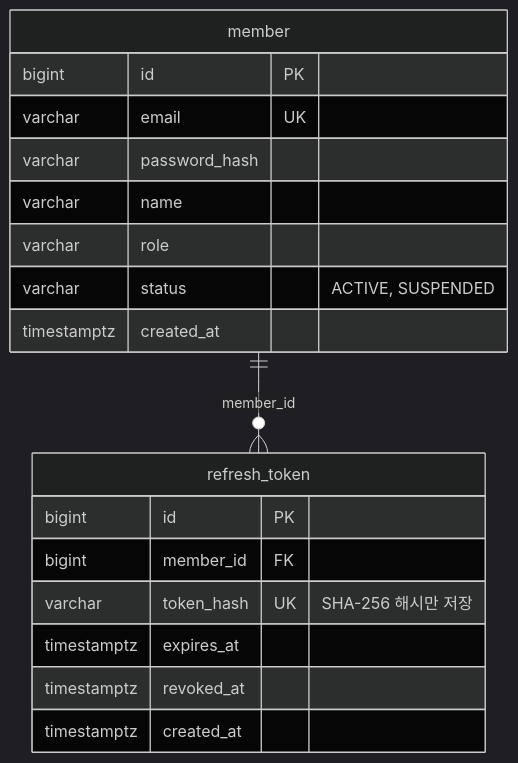
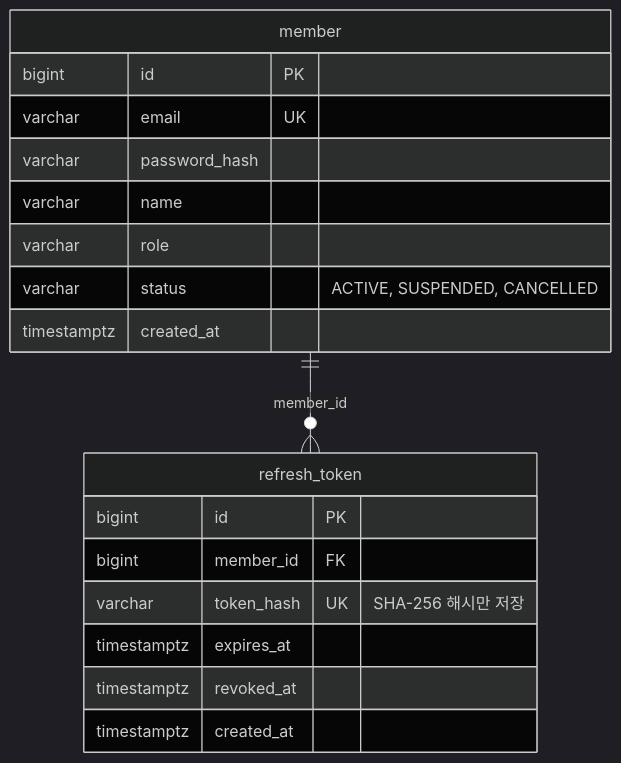
The first of 7 diagrams in docs/architecture/erd.md (jkonury/ticketing), drawn with Mermaid (dark theme) before and after one commit. The commit also changed other lines of this file and 11 other files, not shown here.

````diff
--- a/docs/architecture/erd.md
+++ b/docs/architecture/erd.md
@@ -24,21 +24,21 @@
 ```mermaid
 erDiagram
     member ||--o{ refresh_token : "member_id"
     member {
         bigint id PK
         varchar email UK
         varchar password_hash
         varchar name
         varchar role
-        varchar status "ACTIVE, SUSPENDED"
+        varchar status "ACTIVE, SUSPENDED, CANCELLED"
         timestamptz created_at
     }
     refresh_token {
         bigint id PK
         bigint member_id FK
         varchar token_hash UK "SHA-256 해시만 저장"
         timestamptz expires_at
         timestamptz revoked_at
         timestamptz created_at
     }
 ```
````
